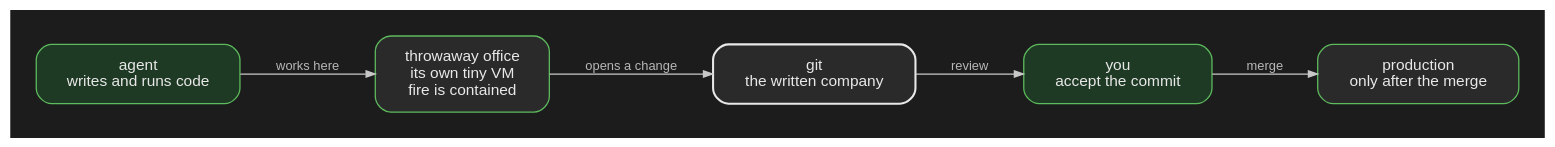
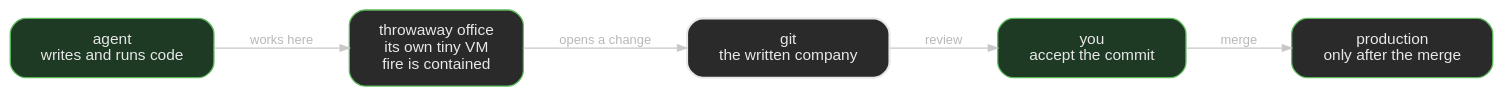
One commit to rajsinghtech/portfolio changed the diagram in content/post/self-hosting-an-ai-cdn/sandbox-merge.dot. Above: the diagram before and after it, drawn with Graphviz. The commit also changed 27 other files, not shown here.

```diff
--- a/content/post/self-hosting-an-ai-cdn/sandbox-merge.dot
+++ b/content/post/self-hosting-an-ai-cdn/sandbox-merge.dot
@@ -1,21 +1,21 @@
 digraph factory {
   graph [
-    rankdir=LR, splines=spline, bgcolor="#1c1c1c",
+    rankdir=LR, splines=spline, bgcolor="transparent",
     fontname="Helvetica", fontsize=12, pad=0.28, nodesep=0.45, ranksep=0.7,
     fontcolor="#e8e8e8"
   ];
   node [fontname="Helvetica", fontsize=12, shape=box, style="filled,rounded",
         fillcolor="#2a2a2a", color="#5dba5d", fontcolor="#e8e8e8", margin="0.22,0.14"];
   edge [fontname="Helvetica", fontsize=10, color="#c8c8c8", fontcolor="#b8b8b8", arrowsize=0.7];
 
   agent [label="agent\nwrites and runs code", fillcolor="#1e3a24", color="#5dba5d"];
   office [label="throwaway office\nits own tiny VM\nfire is contained"];
   git [label="git\nthe written company", color="#e8e8e8", penwidth=1.6];
   human [label="you\naccept the commit", fillcolor="#1e3a24", color="#5dba5d"];
   prod [label="production\nonly after the merge"];
 
   agent -> office [label="works here"];
   office -> git [label="opens a change"];
   git -> human [label="review"];
   human -> prod [label="merge"];
 }
```
